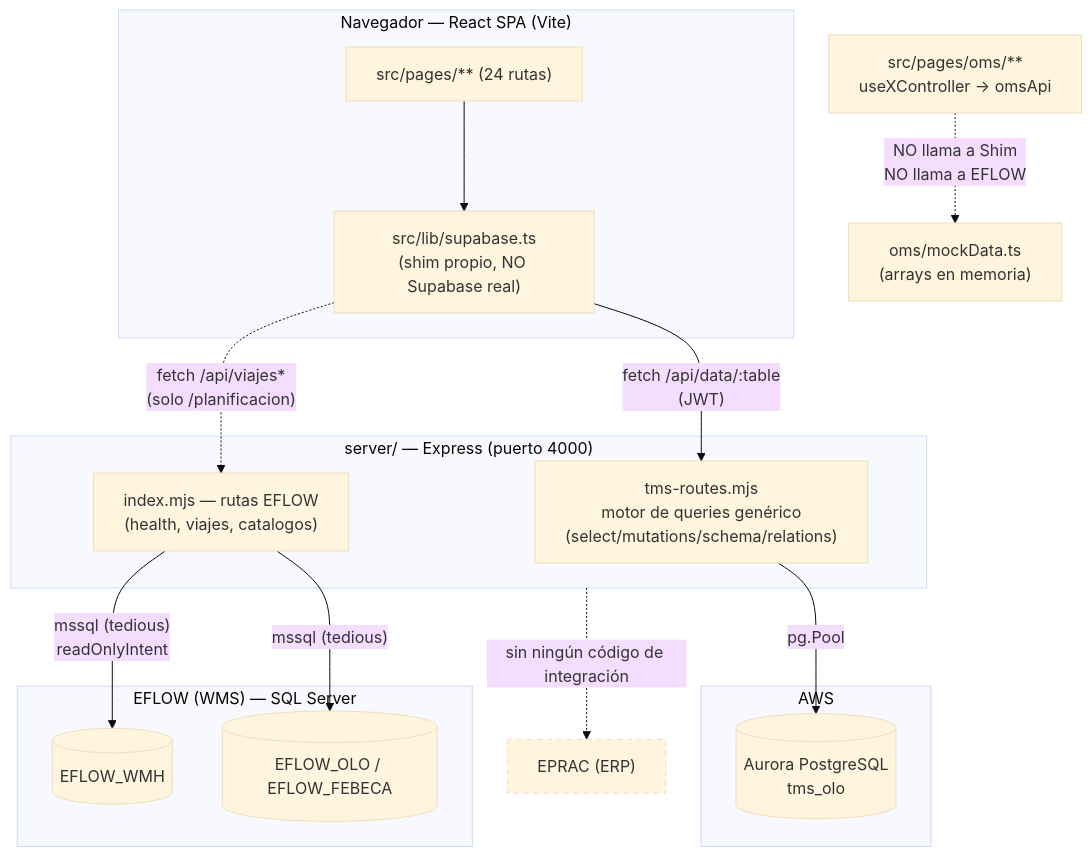
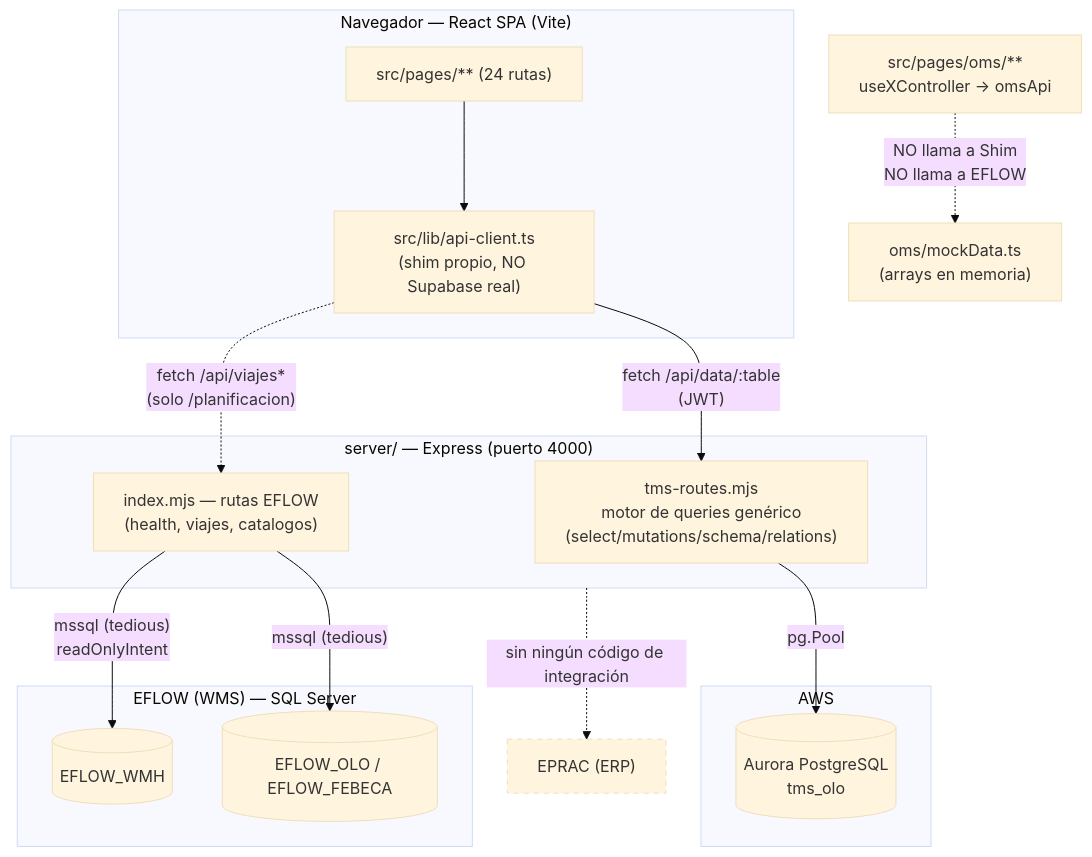
One commit to JeanCaOLO/sto_tms_olo changed the first of 2 diagrams in docs/arquitectura-tms-oms/01-as-is.md. Above: the diagram before and after it, drawn with Mermaid (base theme). The commit also changed other lines of this file and 109 other files, not shown here.

First line of the commit message:
Adaptar cambios locales a main (renombrado tbl_*) y api-client

````diff
--- a/docs/arquitectura-tms-oms/01-as-is.md
+++ b/docs/arquitectura-tms-oms/01-as-is.md
@@ -9,34 +9,34 @@
 ```mermaid
 flowchart TB
     subgraph Browser["Navegador — React SPA (Vite)"]
         UI["src/pages/** (24 rutas)"]
-        Shim["src/lib/supabase.ts\n(shim propio, NO Supabase real)"]
+        Shim["src/lib/api-client.ts\n(shim propio, NO Supabase real)"]
         UI --> Shim
     end
 
     subgraph Node["server/ — Express (puerto 4000)"]
         TmsRouter["tms-routes.mjs\nmotor de queries genérico\n(select/mutations/schema/relations)"]
         EflowRoutes["index.mjs — rutas EFLOW\n(health, viajes, catalogos)"]
     end
 
     subgraph AWS["AWS"]
         Aurora[("Aurora PostgreSQL\ntms_olo")]
     end
 
     subgraph EFLOW["EFLOW (WMS) — SQL Server"]
         WMH[("EFLOW_WMH")]
         SAP[("EFLOW_OLO / EFLOW_FEBECA")]
     end
 
     Shim -- "fetch /api/data/:table\n(JWT)" --> TmsRouter
     Shim -. "fetch /api/viajes*\n(solo /planificacion)" .-> EflowRoutes
     TmsRouter -- "pg.Pool" --> Aurora
     EflowRoutes -- "mssql (tedious)\nreadOnlyIntent" --> WMH
     EflowRoutes -- "mssql (tedious)" --> SAP
 
     OMS["src/pages/oms/**\nuseXController → omsApi"] -. "NO llama a Shim\nNO llama a EFLOW" .-> Mock["oms/mockData.ts\n(arrays en memoria)"]
 
     ERP["EPRAC (ERP)"]
     style ERP stroke-dasharray: 5 5
     Node -. "sin ningún código de integración" .-> ERP
 ```
````
